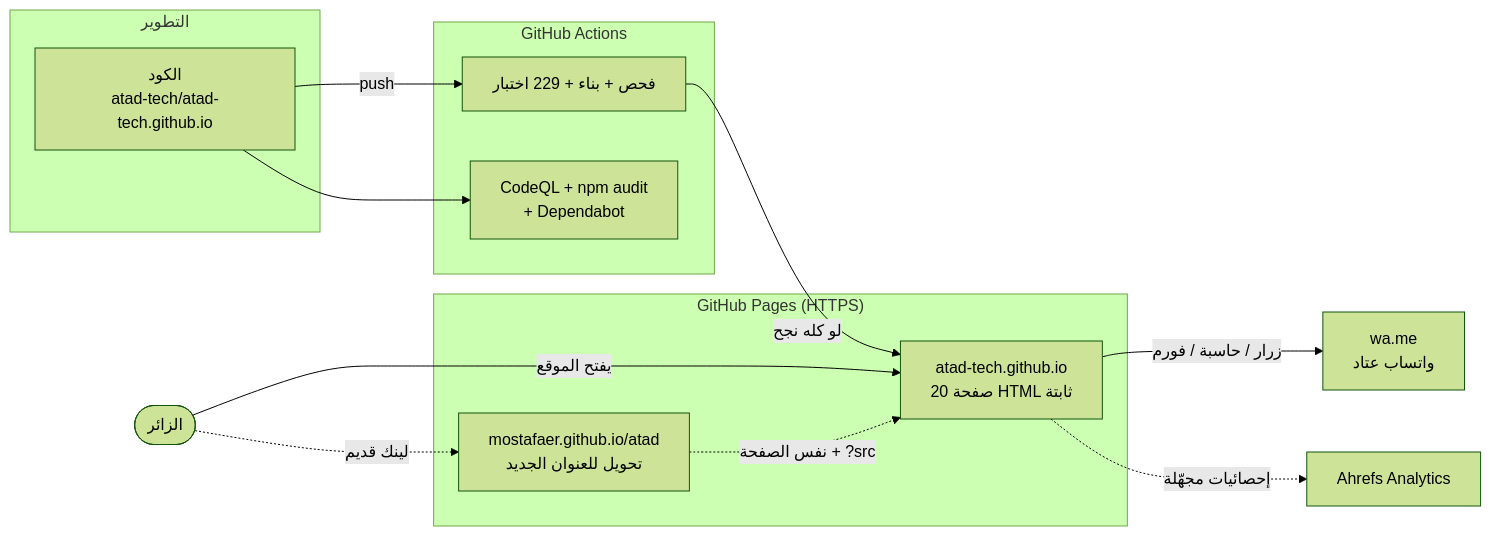
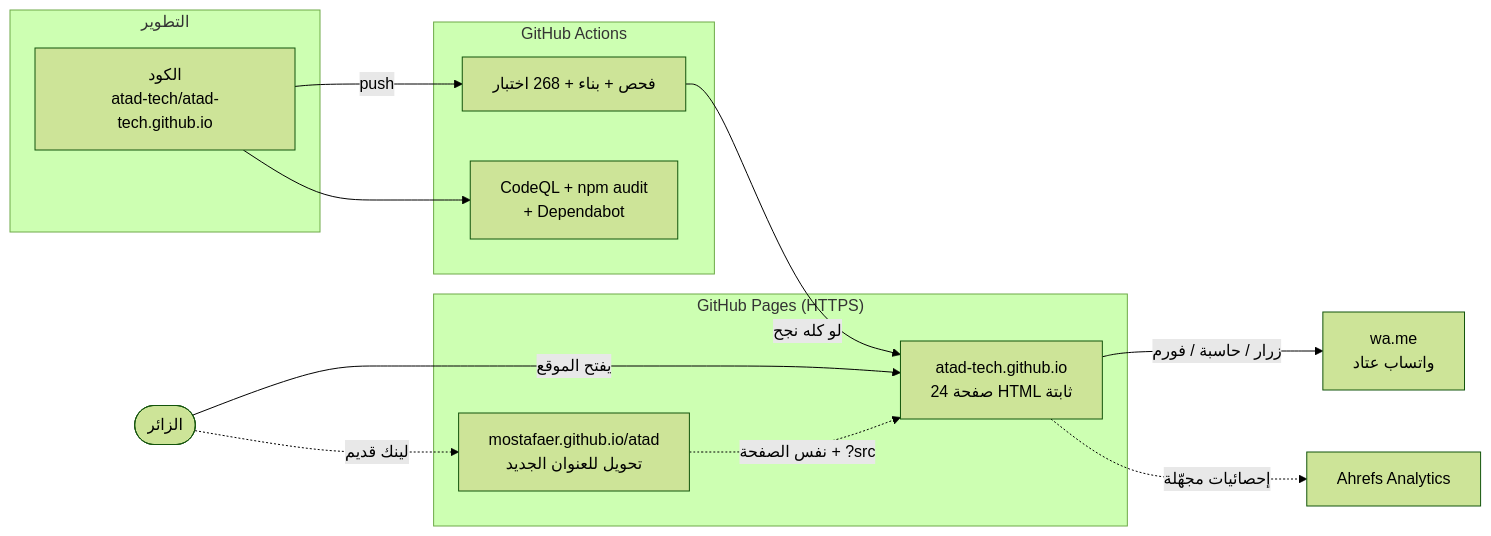
The first of 5 diagrams in docs/ARCHITECTURE.md (atad-tech/atad-tech.github.io), drawn with Mermaid (forest theme) before and after one commit. The commit also changed other lines of this file and 64 other files, not shown here.

````diff
--- a/docs/ARCHITECTURE.md
+++ b/docs/ARCHITECTURE.md
@@ -7,25 +7,25 @@
 ```mermaid
 flowchart LR
     subgraph Dev["التطوير"]
         Code["الكود<br/>atad-tech/atad-tech.github.io"]
     end
     subgraph CI["GitHub Actions"]
-        Test["فحص + بناء + 229 اختبار"]
+        Test["فحص + بناء + 268 اختبار"]
         Scan["CodeQL + npm audit<br/>+ Dependabot"]
     end
     subgraph Host["GitHub Pages (HTTPS)"]
-        Site["atad-tech.github.io<br/>20 صفحة HTML ثابتة"]
+        Site["atad-tech.github.io<br/>24 صفحة HTML ثابتة"]
         Old["mostafaer.github.io/atad<br/>تحويل للعنوان الجديد"]
     end
     Visitor(["الزائر"])
     WA["wa.me<br/>واتساب عتاد"]
     Ahrefs["Ahrefs Analytics"]
 
     Code -->|push| Test
     Code --> Scan
     Test -->|"لو كله نجح"| Site
     Visitor -->|"يفتح الموقع"| Site
     Visitor -.->|"لينك قديم"| Old -.->|"نفس الصفحة + ?src"| Site
     Site -->|"زرار / حاسبة / فورم"| WA
     Site -.->|"إحصائيات مجهّلة"| Ahrefs
 ```
````
